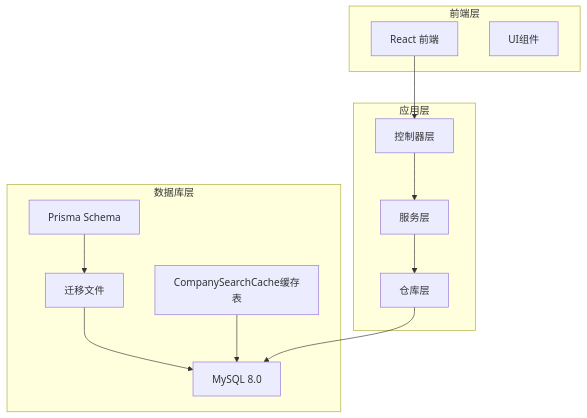
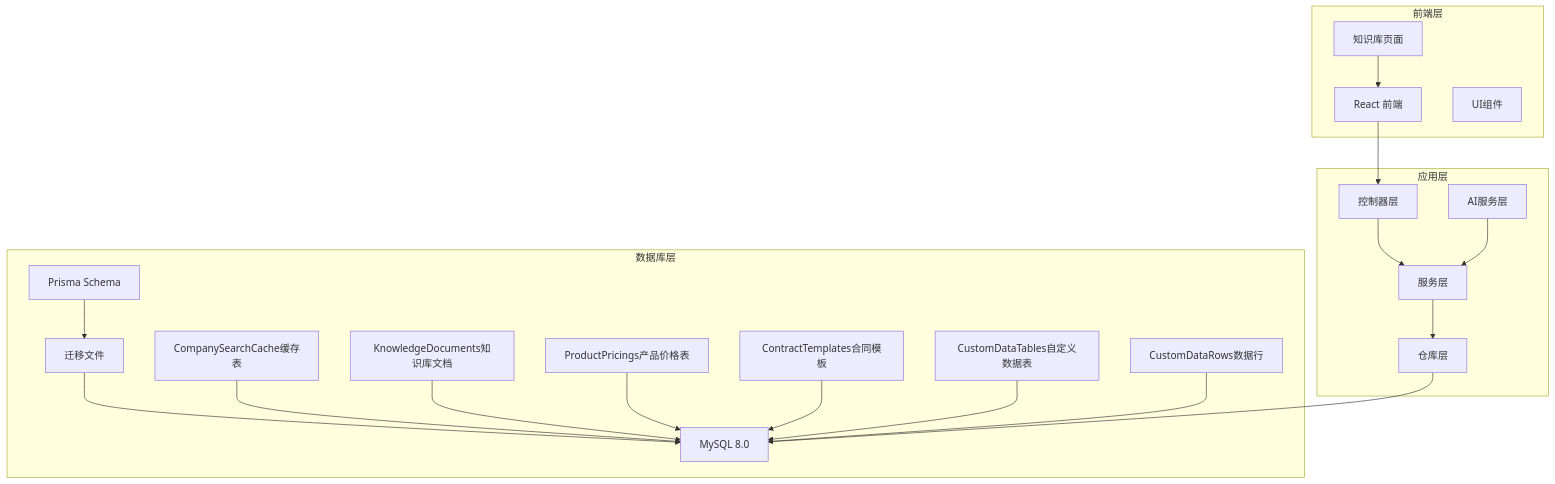
One commit to xianjianshenqu/SalesFlow-CRM changed the first of 37 diagrams in .qoder/repowiki/zh/content/Database Schema.md. Above: the diagram before and after it, drawn with Mermaid. The commit also changed other lines of this file and 10 other files, not shown here.

````diff
--- a/.qoder/repowiki/zh/content/Database Schema.md
+++ b/.qoder/repowiki/zh/content/Database Schema.md
@@ -79,25 +93,39 @@
 ```mermaid
 graph TB
 subgraph "数据库层"
 PRISMA[Prisma Schema]
 MIGRATIONS[迁移文件]
 MYSQL[MySQL 8.0]
 COMPANY_SEARCH_CACHE[CompanySearchCache缓存表]
+KNOWLEDGE_DOCUMENTS[KnowledgeDocuments知识库文档]
+PRODUCT_PRICINGS[ProductPricings产品价格表]
+CONTRACT_TEMPLATES[ContractTemplates合同模板]
+CUSTOM_DATA_TABLES[CustomDataTables自定义数据表]
+CUSTOM_DATA_ROWS[CustomDataRows数据行]
 end
 subgraph "应用层"
 CONTROLLERS[控制器层]
 SERVICES[服务层]
 REPOSITORIES[仓库层]
+AI_SERVICES[AI服务层]
 end
 subgraph "前端层"
 FRONTEND[React 前端]
 COMPONENTS[UI组件]
+KNOWLEDGE_PAGES[知识库页面]
 end
 PRISMA --> MIGRATIONS
 MIGRATIONS --> MYSQL
 COMPANY_SEARCH_CACHE --> MYSQL
+KNOWLEDGE_DOCUMENTS --> MYSQL
+PRODUCT_PRICINGS --> MYSQL
+CONTRACT_TEMPLATES --> MYSQL
+CUSTOM_DATA_TABLES --> MYSQL
+CUSTOM_DATA_ROWS --> MYSQL
 CONTROLLERS --> SERVICES
 SERVICES --> REPOSITORIES
+AI_SERVICES --> SERVICES
 REPOSITORIES --> MYSQL
 FRONTEND --> CONTROLLERS
+KNOWLEDGE_PAGES --> FRONTEND
 ```
````
